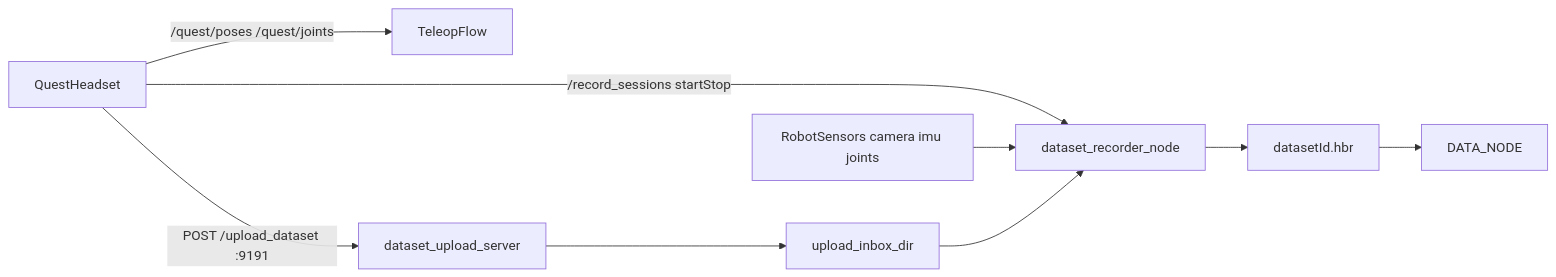
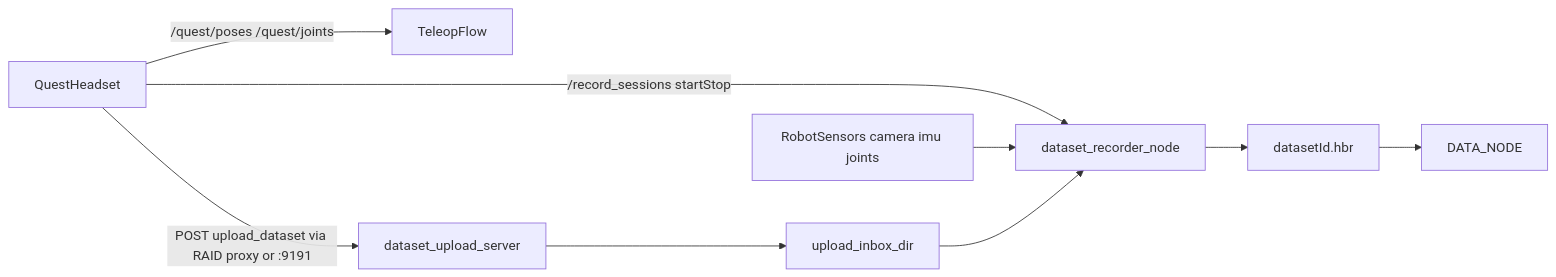
Before and after one commit to deushon/br-vr-dev-sinc: the diagram in DOC/ARCHITECTURE.md, drawn with Mermaid. The commit also changed other lines of this file and 5 other files, not shown here.

Commit message:
docs: RAID dataset HTTP proxy spec and cross-links

````diff
--- a/DOC/ARCHITECTURE.md
+++ b/DOC/ARCHITECTURE.md
@@ -175,11 +177,11 @@
 ```mermaid
 flowchart LR
 quest[QuestHeadset] -->|/record_sessions startStop| recorder[dataset_recorder_node]
 quest -->|/quest/poses /quest/joints| teleopFlow[TeleopFlow]
 robotSensors[RobotSensors camera imu joints] --> recorder
-quest -->|POST /upload_dataset :9191| uploadApi[dataset_upload_server]
+quest -->|POST upload_dataset via RAID proxy or :9191| uploadApi[dataset_upload_server]
 uploadApi --> inbox[upload_inbox_dir]
 inbox --> recorder
 recorder --> hbr[datasetId.hbr]
 hbr --> dataNode[DATA_NODE]
 ```
````
